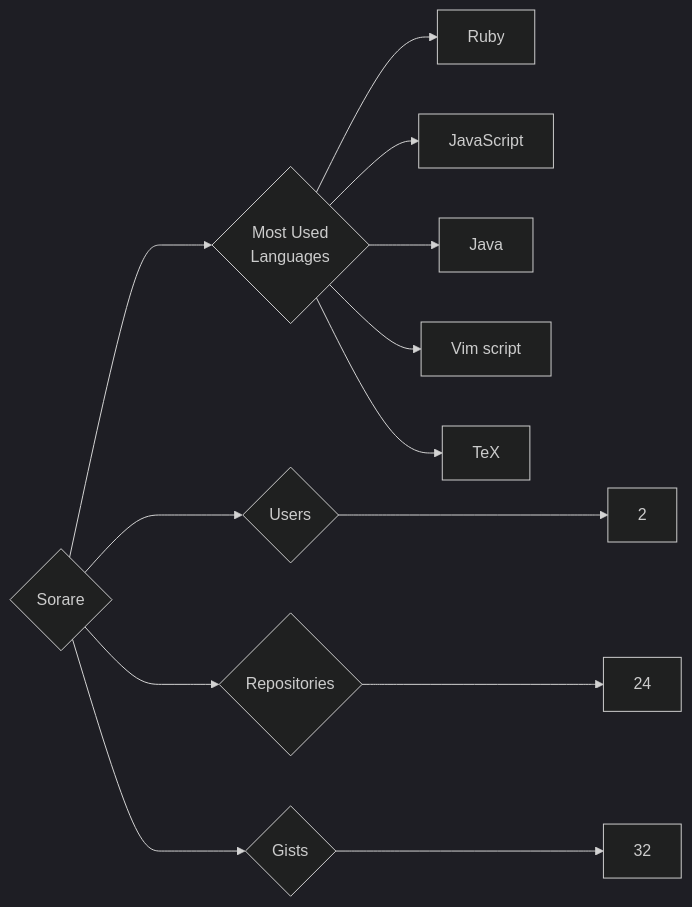
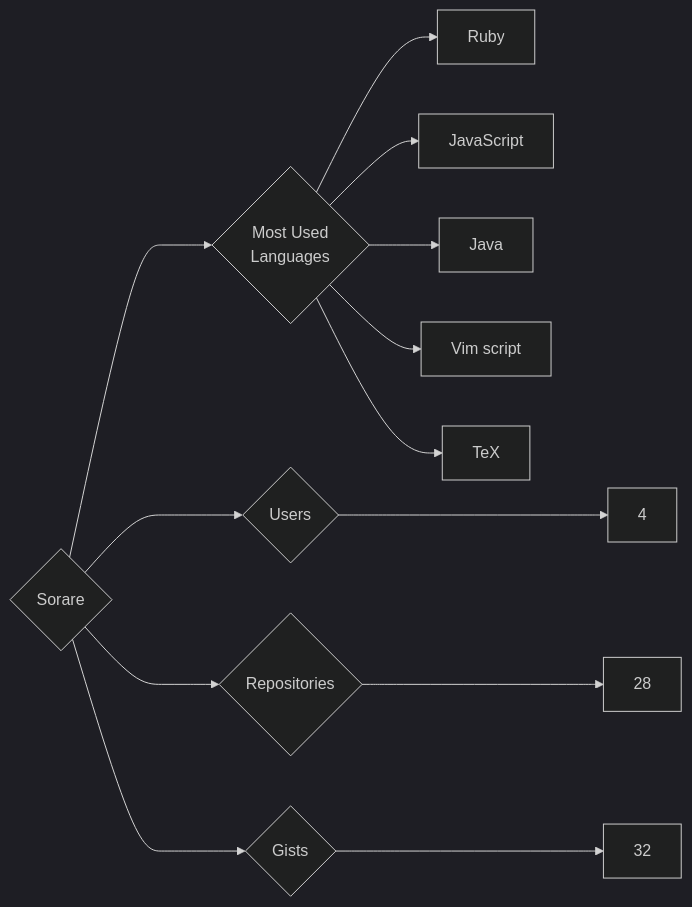
One commit to trickest/insiders changed the diagram in targets/Sorare/README.md. Above: the diagram before and after it, drawn with Mermaid (dark theme). The commit also changed 878 other files, not shown here.

````diff
--- a/targets/Sorare/README.md
+++ b/targets/Sorare/README.md
@@ -3,13 +3,13 @@
 ```mermaid
 graph LR
 COMPANY_NAME{Sorare}
-COMPANY_NAME ---> U{Users} ---> UN[2]
-COMPANY_NAME ---> R{Repositories} ---> RN[24]
+COMPANY_NAME ---> U{Users} ---> UN[4]
+COMPANY_NAME ---> R{Repositories} ---> RN[28]
 COMPANY_NAME ---> G{Gists} ---> GN[32]
 COMPANY_NAME ---> ML{Most Used<br>Languages}
 ML --> Ruby[Ruby]
 ML --> JavaScript[JavaScript]
 ML --> Java[Java]
 ML --> Vim_script[Vim script]
 ML --> TeX[TeX]
 ```
````
